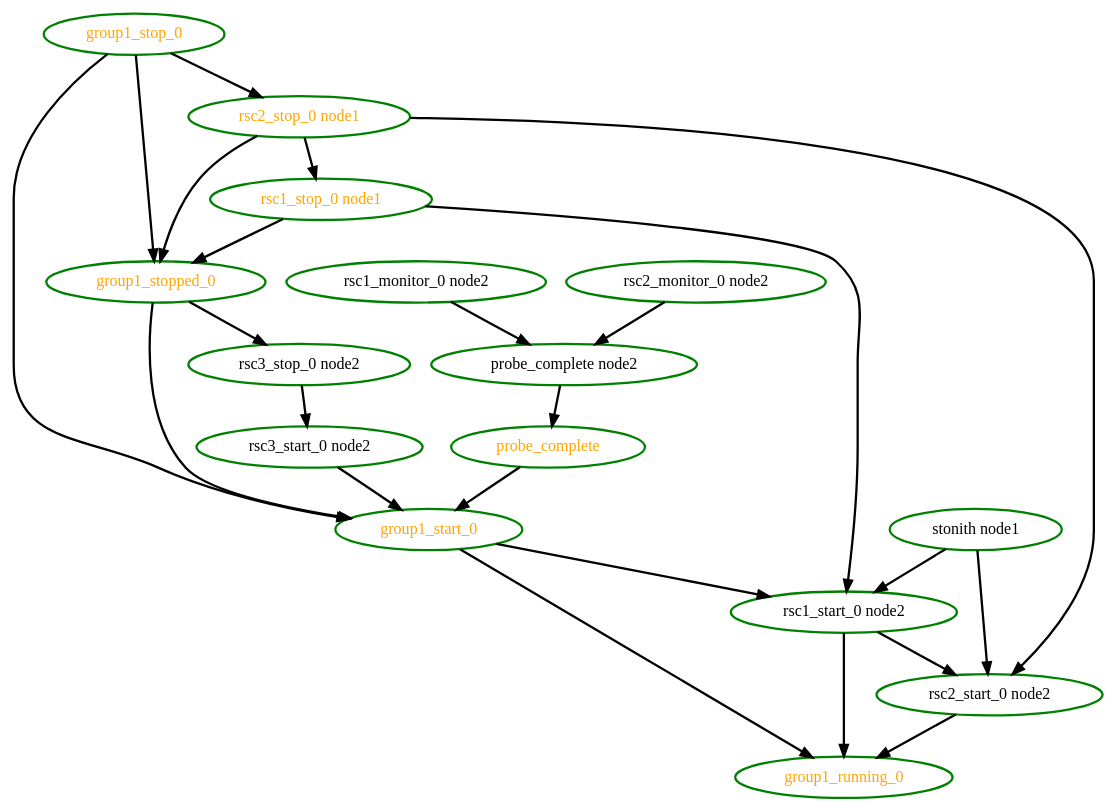
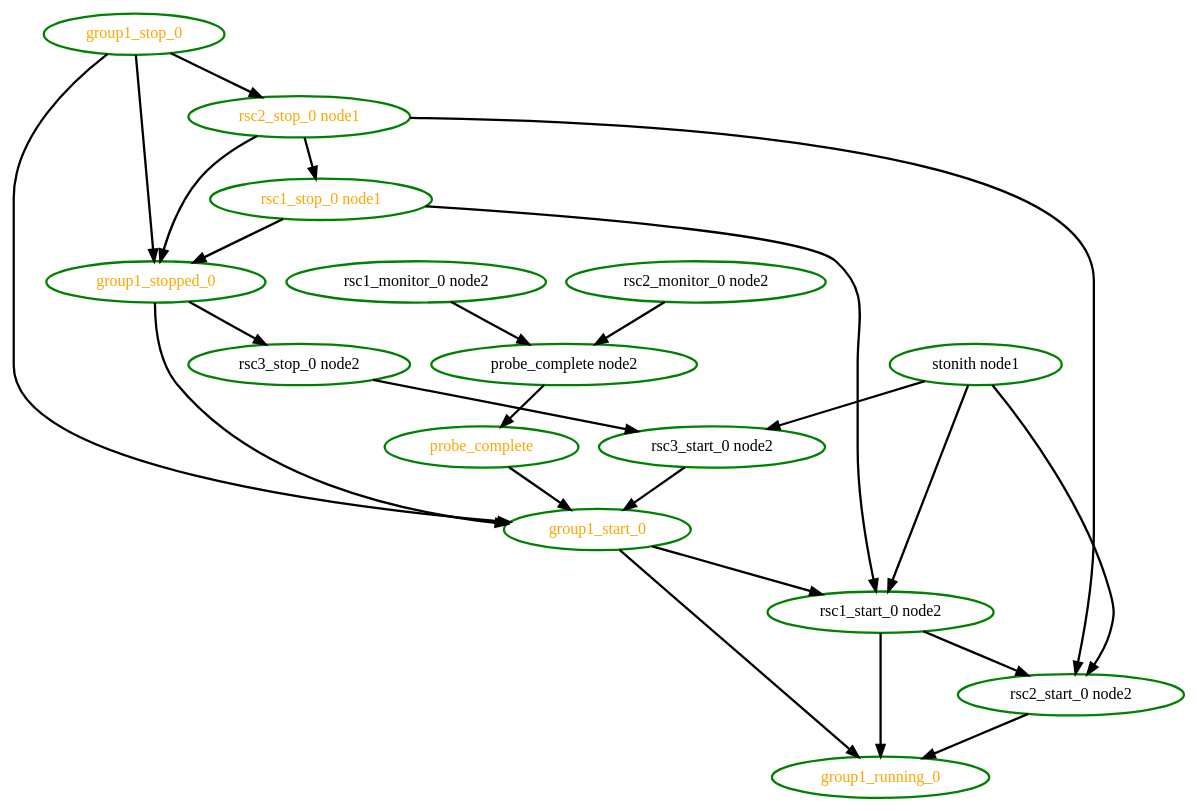
The diagram in crm/pengine/testcases/rec-node-11.dot (richiewen8/heartbeat), drawn with Graphviz before and after one commit. The commit also changed 9 other files, not shown here.

```diff
--- a/crm/pengine/testcases/rec-node-11.dot
+++ b/crm/pengine/testcases/rec-node-11.dot
@@ -1,40 +1,41 @@
  digraph "g" {
 "group1_running_0" [ style=bold color="green" fontcolor="orange" ]
 "group1_start_0" -> "group1_running_0" [ style = bold]
 "group1_start_0" -> "rsc1_start_0 node2" [ style = bold]
 "group1_start_0" [ style=bold color="green" fontcolor="orange" ]
 "group1_stop_0" -> "group1_start_0" [ style = bold]
 "group1_stop_0" -> "group1_stopped_0" [ style = bold]
 "group1_stop_0" -> "rsc2_stop_0 node1" [ style = bold]
 "group1_stop_0" [ style=bold color="green" fontcolor="orange" ]
 "group1_stopped_0" -> "group1_start_0" [ style = bold]
 "group1_stopped_0" -> "rsc3_stop_0 node2" [ style = bold]
 "group1_stopped_0" [ style=bold color="green" fontcolor="orange" ]
 "probe_complete node2" -> "probe_complete" [ style = bold]
 "probe_complete node2" [ style=bold color="green" fontcolor="black" ]
 "probe_complete" -> "group1_start_0" [ style = bold]
 "probe_complete" [ style=bold color="green" fontcolor="orange" ]
 "rsc1_monitor_0 node2" -> "probe_complete node2" [ style = bold]
 "rsc1_monitor_0 node2" [ style=bold color="green" fontcolor="black" ]
 "rsc1_start_0 node2" -> "group1_running_0" [ style = bold]
 "rsc1_start_0 node2" -> "rsc2_start_0 node2" [ style = bold]
 "rsc1_start_0 node2" [ style=bold color="green" fontcolor="black" ]
 "rsc1_stop_0 node1" -> "group1_stopped_0" [ style = bold]
 "rsc1_stop_0 node1" -> "rsc1_start_0 node2" [ style = bold]
 "rsc1_stop_0 node1" [ style=bold color="green" fontcolor="orange" ]
 "rsc2_monitor_0 node2" -> "probe_complete node2" [ style = bold]
 "rsc2_monitor_0 node2" [ style=bold color="green" fontcolor="black" ]
 "rsc2_start_0 node2" -> "group1_running_0" [ style = bold]
 "rsc2_start_0 node2" [ style=bold color="green" fontcolor="black" ]
 "rsc2_stop_0 node1" -> "group1_stopped_0" [ style = bold]
 "rsc2_stop_0 node1" -> "rsc1_stop_0 node1" [ style = bold]
 "rsc2_stop_0 node1" -> "rsc2_start_0 node2" [ style = bold]
 "rsc2_stop_0 node1" [ style=bold color="green" fontcolor="orange" ]
 "rsc3_start_0 node2" -> "group1_start_0" [ style = bold]
 "rsc3_start_0 node2" [ style=bold color="green" fontcolor="black" ]
 "rsc3_stop_0 node2" -> "rsc3_start_0 node2" [ style = bold]
 "rsc3_stop_0 node2" [ style=bold color="green" fontcolor="black" ]
 "stonith node1" -> "rsc1_start_0 node2" [ style = bold]
 "stonith node1" -> "rsc2_start_0 node2" [ style = bold]
+"stonith node1" -> "rsc3_start_0 node2" [ style = bold]
 "stonith node1" [ style=bold color="green" fontcolor="black" ]
 }
```
